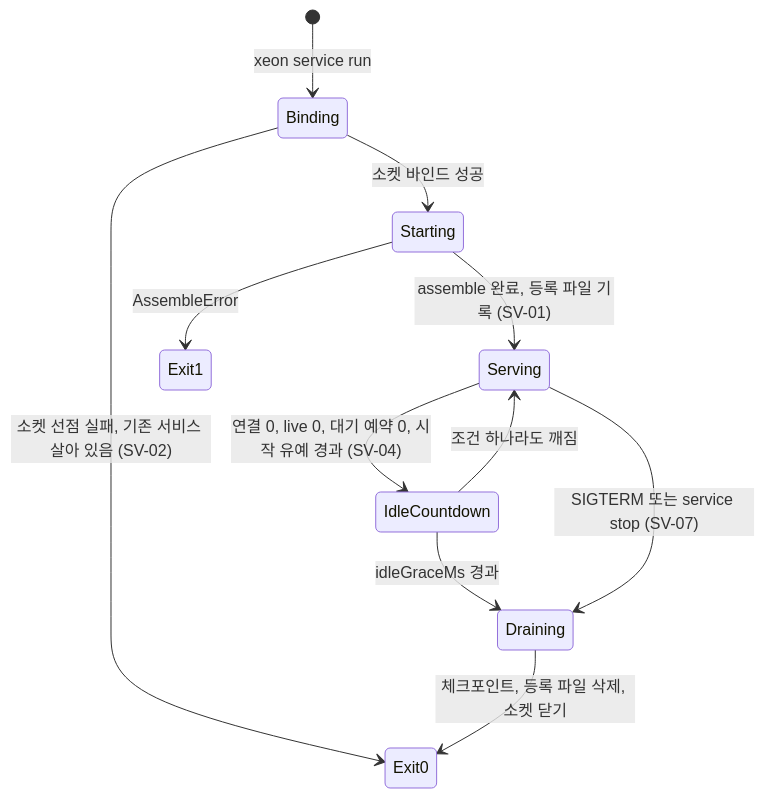
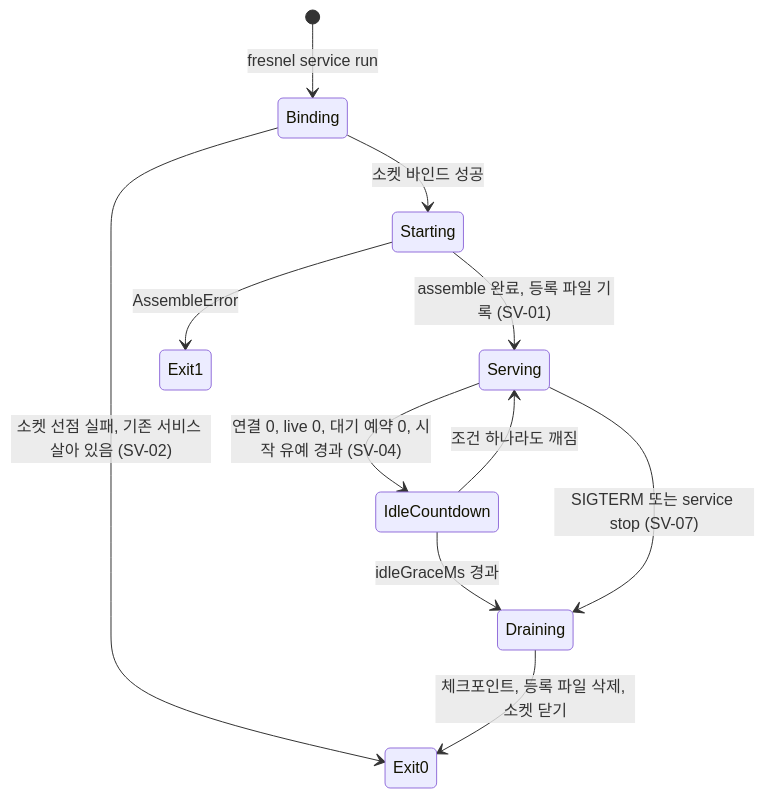
The diagram in docs/xeon/L4/host-service/spec.md (Rengod95/Helm-Agent_Docs_OS), drawn with Mermaid before and after one commit. The commit also changed other lines of this file and 378 other files, not shown here.

````diff
--- a/docs/xeon/L4/host-service/spec.md
+++ b/docs/xeon/L4/host-service/spec.md
@@ -910,13 +910,13 @@
 ```mermaid
 stateDiagram-v2
-  [*] --> Binding: xeon service run
+  [*] --> Binding: fresnel service run
   Binding --> Exit0: 소켓 선점 실패, 기존 서비스 살아 있음 (SV-02)
   Binding --> Starting: 소켓 바인드 성공
   Starting --> Serving: assemble 완료, 등록 파일 기록 (SV-01)
   Starting --> Exit1: AssembleError
   Serving --> IdleCountdown: 연결 0, live 0, 대기 예약 0, 시작 유예 경과 (SV-04)
   IdleCountdown --> Serving: 조건 하나라도 깨짐
   IdleCountdown --> Draining: idleGraceMs 경과
   Serving --> Draining: SIGTERM 또는 service stop (SV-07)
   Draining --> Exit0: 체크포인트, 등록 파일 삭제, 소켓 닫기
 ```
````
